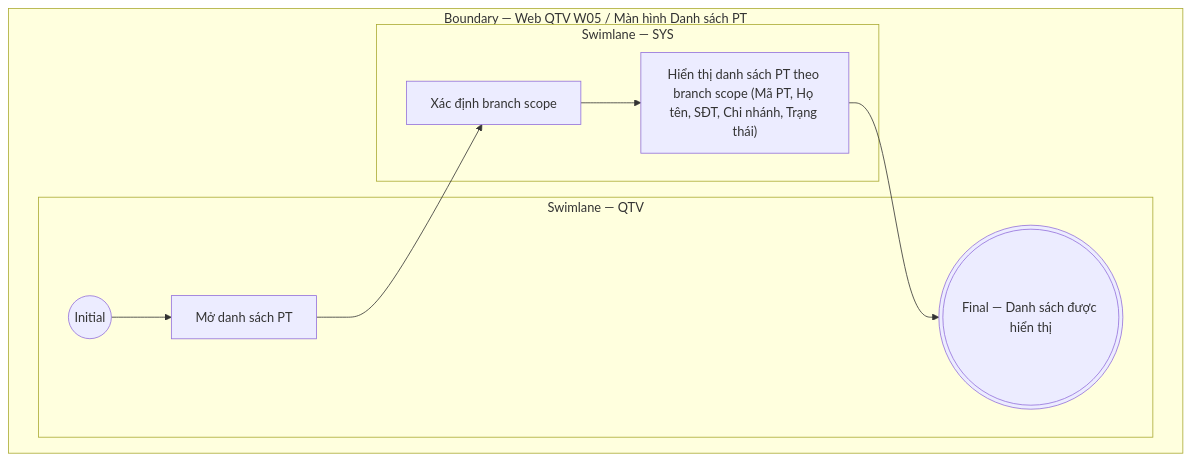
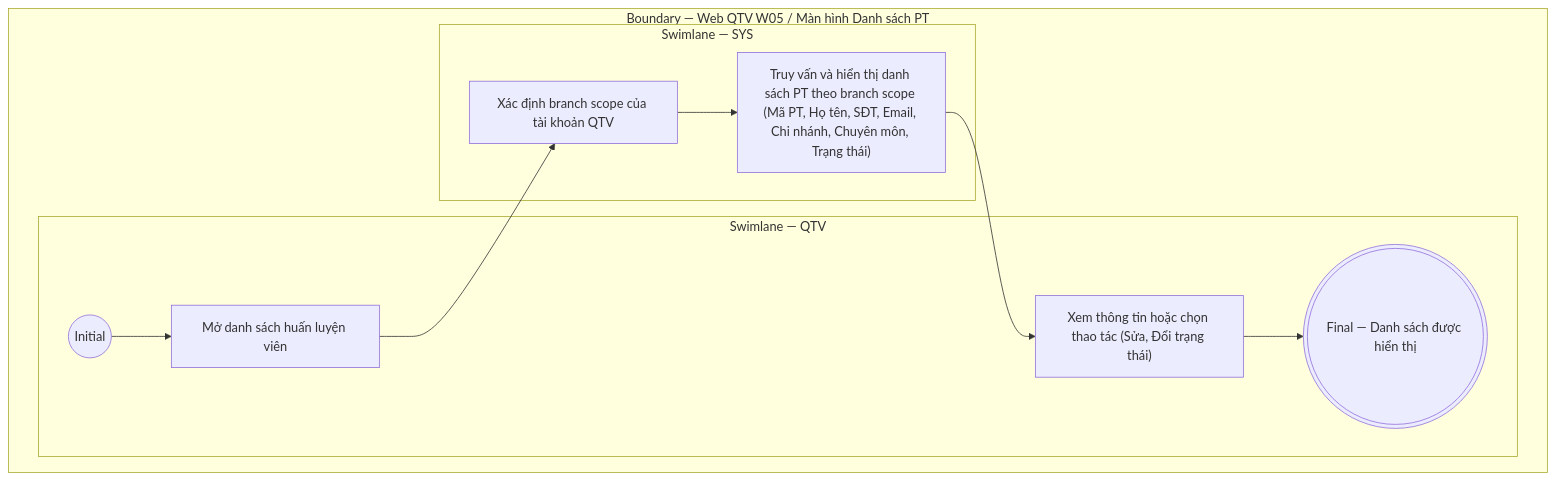
Before and after one commit to ThachY-23120411/Paradise-Gym-v2: the diagram in docs/user-stories/qtv/QTV-W05-Huấn luyện viên/QTV-W05-US04-Xem danh sách PT.md, drawn with Mermaid. The commit also changed other lines of this file and 97 other files, not shown here.

````diff
--- a/docs/user-stories/qtv/QTV-W05-Huấn luyện viên/QTV-W05-US04-Xem danh sách PT.md
+++ b/docs/user-stories/qtv/QTV-W05-Huấn luyện viên/QTV-W05-US04-Xem danh sách PT.md
@@ -26,16 +40,18 @@
 ```mermaid
 flowchart TB
   subgraph B["Boundary — Web QTV W05 / Màn hình Danh sách PT"]
     subgraph L0["Swimlane — QTV"]
       I01(("Initial"))
-      A01["Mở danh sách PT"]
+      A01["Mở danh sách huấn luyện viên"]
+      A02["Xem thông tin hoặc chọn thao tác (Sửa, Đổi trạng thái)"]
       F01((("Final — Danh sách được hiển thị")))
       I01 --> A01
+      A02 --> F01
     end
     subgraph L1["Swimlane — SYS"]
-      S01["Xác định branch scope"]
-      S02["Hiển thị danh sách PT theo branch scope (Mã PT, Họ tên, SĐT, Chi nhánh, Trạng thái)"]
-      A01 --> S01 --> S02 --> F01
+      S01["Xác định branch scope của tài khoản QTV"]
+      S02["Truy vấn và hiển thị danh sách PT theo branch scope (Mã PT, Họ tên, SĐT, Email, Chi nhánh, Chuyên môn, Trạng thái)"]
+      A01 --> S01 --> S02 --> A02
     end
   end
 ```
````
